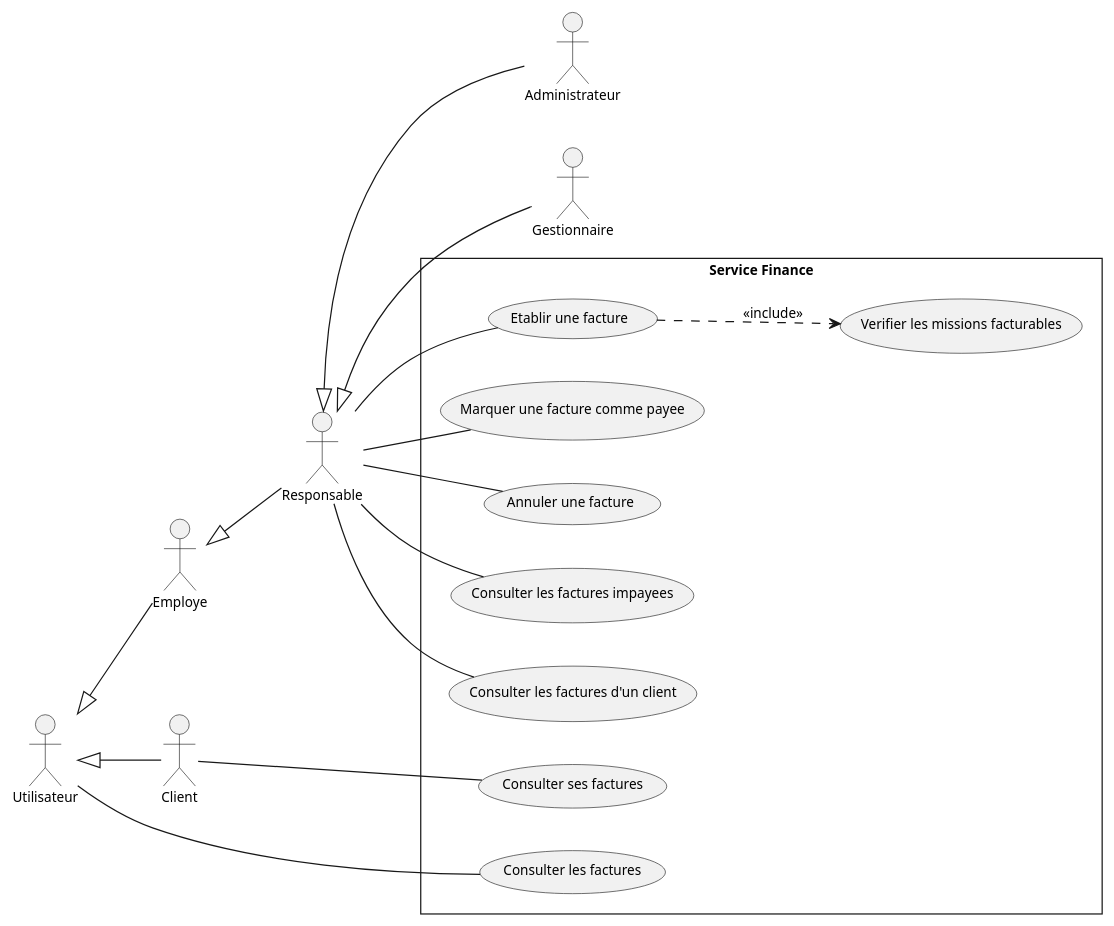
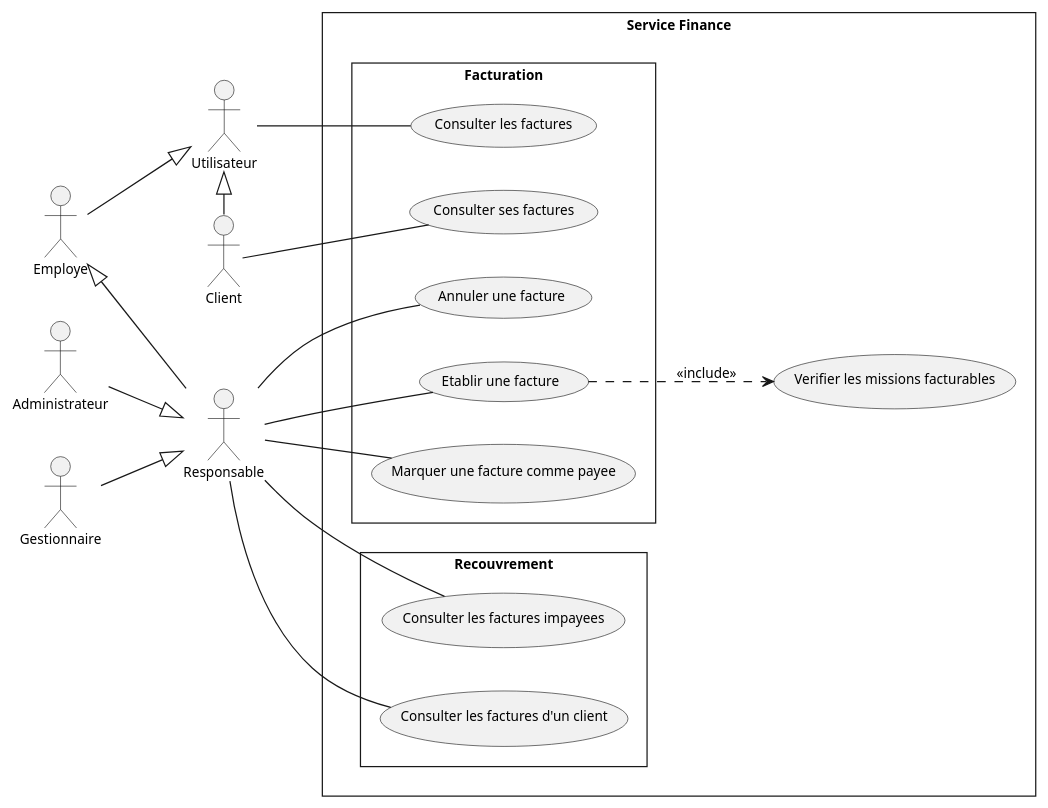
One commit to saber-barhoumi/Xpark-gmao changed the diagram in docs/diagrams/microservices/Finance/Finance-usecase.puml. Above: the diagram before and after it, drawn with PlantUML. The commit also changed 12 other files, not shown here.

```diff
--- a/docs/diagrams/microservices/Finance/Finance-usecase.puml
+++ b/docs/diagrams/microservices/Finance/Finance-usecase.puml
@@ -1,48 +1,53 @@
 @startuml
 skinparam style strictuml
 skinparam packageStyle rectangle
 skinparam shadowing false
 skinparam defaultFontName Verdana
 skinparam defaultFontSize 11
 skinparam backgroundColor #FFFFFF
 left to right direction
 
-' Acteurs principaux, empiles a gauche du plus general au plus specialise
+' Acteurs, alignes a gauche : les porteurs d'associations sont
+' accoles a la frontiere, les acteurs structurels a leur gauche
 actor "Utilisateur" as Utilisateur
 actor "Employe" as Employe
 actor "Responsable" as Responsable
 actor "Administrateur" as Administrateur
 actor "Gestionnaire" as Gestionnaire
 actor "Client" as Client
 
 ' Generalisation : triangle creux, de l'enfant vers le parent
-Employe -up-|> Utilisateur
-Client -up-|> Utilisateur
-Administrateur -up-|> Responsable
-Gestionnaire -up-|> Responsable
+Employe -down-|> Utilisateur
+Client -left-|> Utilisateur
 Responsable -up-|> Employe
+Administrateur -down-|> Responsable
+Gestionnaire -down-|> Responsable
 
 rectangle "Service Finance" {
-  usecase "Consulter les factures" as UC_Consulter_les_factures
-  usecase "Etablir une facture" as UC_Etablir_une_facture
+  package "Facturation" {
+    usecase "Consulter les factures" as UC_Consulter_les_factures
+    usecase "Etablir une facture" as UC_Etablir_une_facture
+    usecase "Marquer une facture comme payee" as UC_Marquer_une_facture_comme_payee
+    usecase "Annuler une facture" as UC_Annuler_une_facture
+    usecase "Consulter ses factures" as UC_Consulter_ses_factures
+  }
+  package "Recouvrement" {
+    usecase "Consulter les factures impayees" as UC_Consulter_les_factures_impayees
+    usecase "Consulter les factures d'un client" as UC_Consulter_les_factures_d_un_client
+  }
   usecase "Verifier les missions facturables" as UC_Verifier_les_missions_facturables
-  usecase "Marquer une facture comme payee" as UC_Marquer_une_facture_comme_payee
-  usecase "Annuler une facture" as UC_Annuler_une_facture
-  usecase "Consulter les factures impayees" as UC_Consulter_les_factures_impayees
-  usecase "Consulter les factures d'un client" as UC_Consulter_les_factures_d_un_client
-  usecase "Consulter ses factures" as UC_Consulter_ses_factures
 }
 
 ' Associations : trait continu sans fleche (relation d'association)
 Utilisateur -- UC_Consulter_les_factures
 Responsable -- UC_Etablir_une_facture
 Responsable -- UC_Marquer_une_facture_comme_payee
 Responsable -- UC_Annuler_une_facture
 Responsable -- UC_Consulter_les_factures_impayees
 Responsable -- UC_Consulter_les_factures_d_un_client
 Client -- UC_Consulter_ses_factures
 
 ' << include >> : du cas de base vers le cas obligatoire
 UC_Etablir_une_facture ..> UC_Verifier_les_missions_facturables : << include >>
 
 @enduml
```
